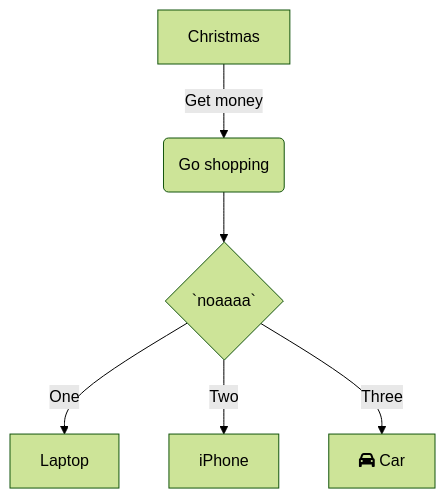
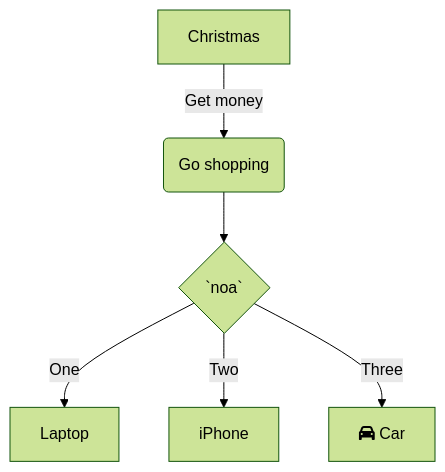
One commit to Noaozer/NoaRepo changed the diagram in .swm/auto-sync-02.efq5e.sw.md. Above: the diagram before and after it, drawn with Mermaid (forest theme). The commit also changed other lines of this file, not shown here.

````diff
--- a/.swm/auto-sync-02.efq5e.sw.md
+++ b/.swm/auto-sync-02.efq5e.sw.md
@@ -23,10 +23,9 @@
 ```mermaid
 graph TD
 A[Christmas] -->|Get money| B(Go shopping)
-B --> C{`noaaaa`}
+B --> C{`noa`}
 C -->|One| D[Laptop]
 C -->|Two| E[iPhone]
 C -->|Three| F[fa:fa-car Car]
 
-
 ```
````
